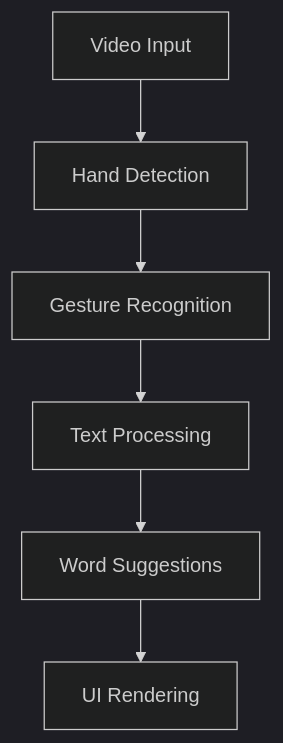
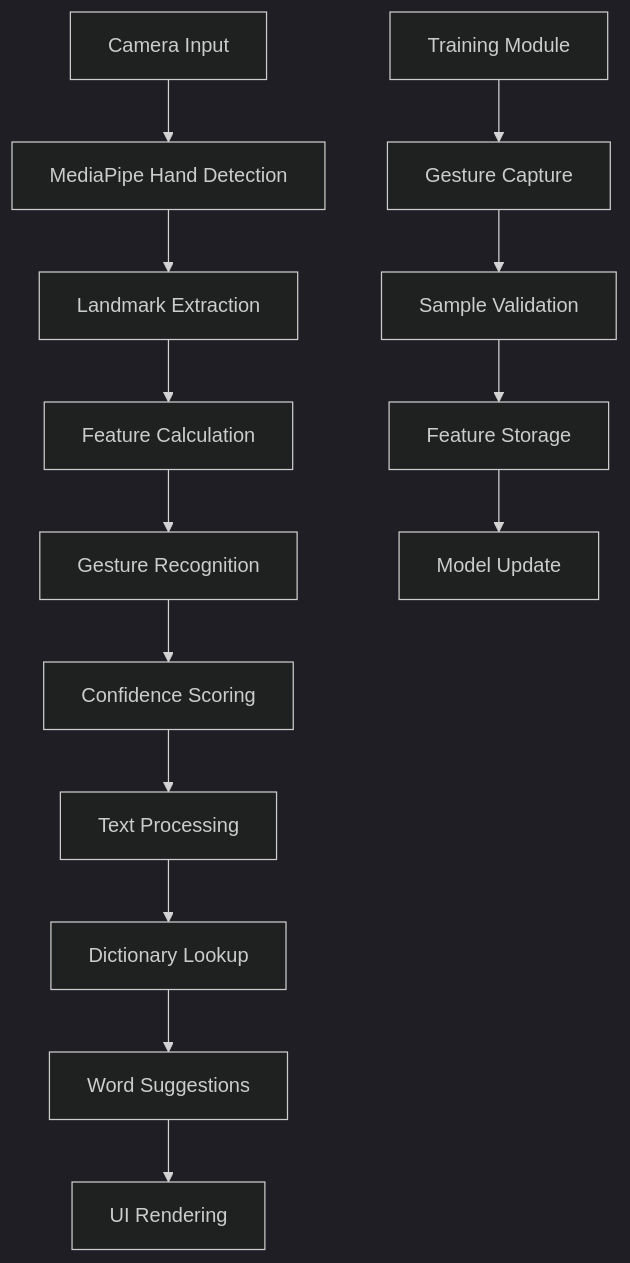
The diagram in docs/README.md (notcaliper/HandGaze), drawn with Mermaid (dark theme) before and after one commit. The commit also changed other lines of this file and 3 other files, not shown here.

````diff
--- a/docs/README.md
+++ b/docs/README.md
@@ -7,8 +7,17 @@
 ```mermaid
 graph TD
-    A[Video Input] --> B[Hand Detection]
-    B --> C[Gesture Recognition]
-    C --> D[Text Processing]
-    D --> E[Word Suggestions]
-    E --> F[UI Rendering]
+    A[Camera Input] --> B[MediaPipe Hand Detection]
+    B --> C[Landmark Extraction]
+    C --> D[Feature Calculation]
+    D --> E[Gesture Recognition]
+    E --> F[Confidence Scoring]
+    F --> G[Text Processing]
+    G --> H[Dictionary Lookup]
+    H --> I[Word Suggestions]
+    I --> J[UI Rendering]
+    
+    K[Training Module] --> L[Gesture Capture]
+    L --> M[Sample Validation]
+    M --> N[Feature Storage]
+    N --> O[Model Update]
 ```
````
